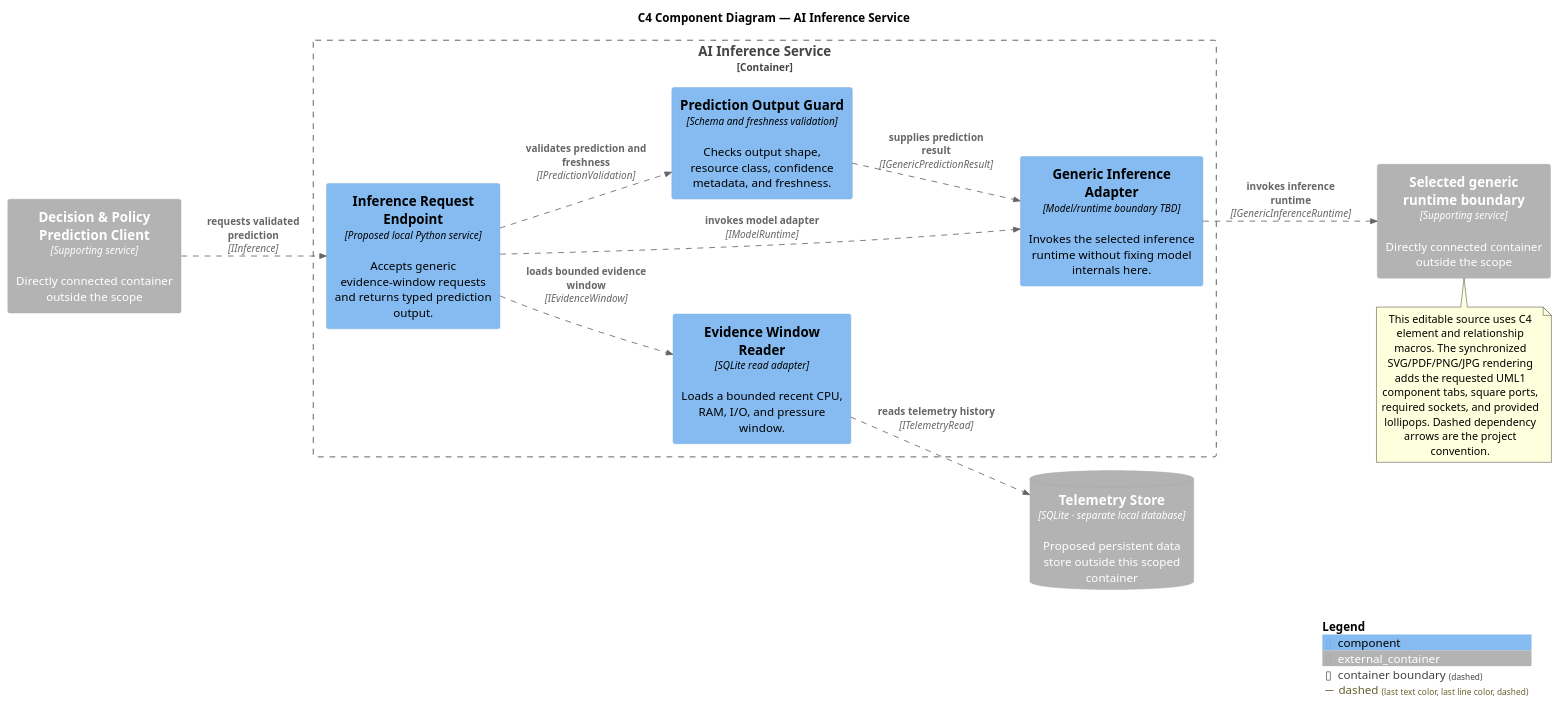
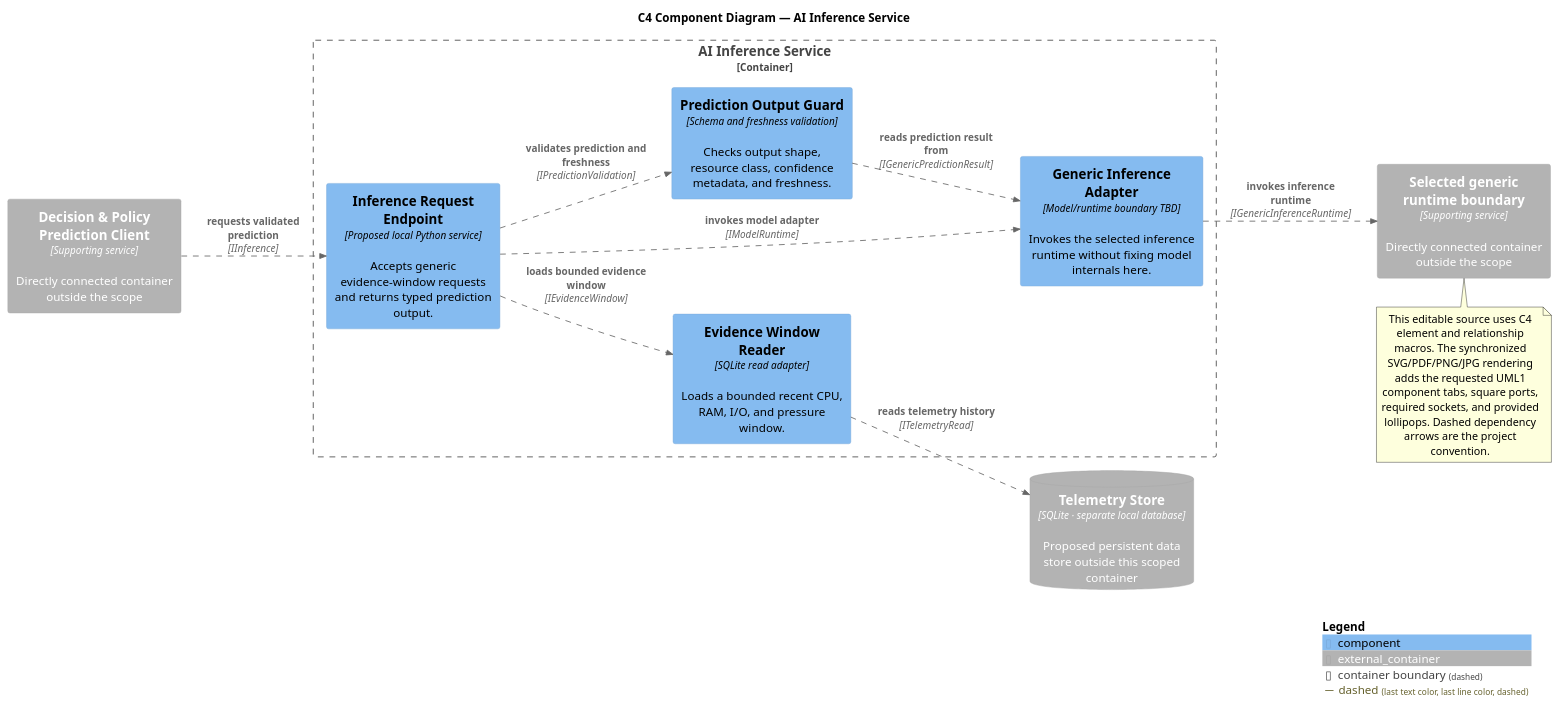
Before and after one commit to Ammar-M-Eid/AIOS: the diagram in documentation/architecture/c4/07_c4_inference_service_components.puml, drawn with PlantUML. The commit also changed 26 other files, not shown here.

```diff
--- a/documentation/architecture/c4/07_c4_inference_service_components.puml
+++ b/documentation/architecture/c4/07_c4_inference_service_components.puml
@@ -1,27 +1,27 @@
 @startuml
 !include <C4/C4_Component>
 skinparam componentStyle uml1
 title C4 Component Diagram — AI Inference Service
 LAYOUT_LEFT_RIGHT()
 AddRelTag("dashed", $lineStyle=DashedLine())
 Container_Boundary(scope, "AI Inference Service") {
   Component(C1, "Inference Request Endpoint", "Proposed local Python service", "Accepts generic evidence-window requests and returns typed prediction output.")
   Component(C2, "Evidence Window Reader", "SQLite read adapter", "Loads a bounded recent CPU, RAM, I/O, and pressure window.")
   Component(C3, "Generic Inference Adapter", "Model/runtime boundary TBD", "Invokes the selected inference runtime without fixing model internals here.")
   Component(C4, "Prediction Output Guard", "Schema and freshness validation", "Checks output shape, resource class, confidence metadata, and freshness.")
 }
 Container_Ext(S1, "Decision & Policy Prediction Client", "Supporting service", "Directly connected container outside the scope")
 ContainerDb_Ext(S2, "Telemetry Store", "SQLite · separate local database", "Proposed persistent data store outside this scoped container")
 Container_Ext(S3, "Selected generic runtime boundary", "Supporting service", "Directly connected container outside the scope")
 Rel(S1, C1, "requests validated prediction", "IInference", $tags="dashed")
 Rel(C1, C2, "loads bounded evidence window", "IEvidenceWindow", $tags="dashed")
 Rel(C2, S2, "reads telemetry history", "ITelemetryRead", $tags="dashed")
 Rel(C1, C3, "invokes model adapter", "IModelRuntime", $tags="dashed")
 Rel(C1, C4, "validates prediction and freshness", "IPredictionValidation", $tags="dashed")
-Rel(C4, C3, "supplies prediction result", "IGenericPredictionResult", $tags="dashed")
+Rel(C4, C3, "reads prediction result from", "IGenericPredictionResult", $tags="dashed")
 Rel(C3, S3, "invokes inference runtime", "IGenericInferenceRuntime", $tags="dashed")
 note bottom
 This editable source uses C4 element and relationship macros. The synchronized SVG/PDF/PNG/JPG rendering adds the requested UML1 component tabs, square ports, required sockets, and provided lollipops. Dashed dependency arrows are the project convention.
 end note
 SHOW_LEGEND()
 @enduml
```
